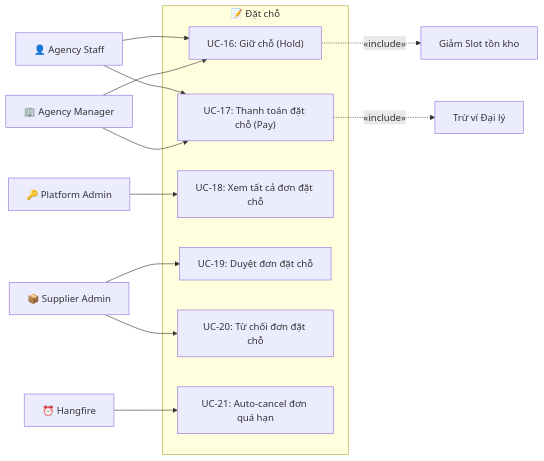
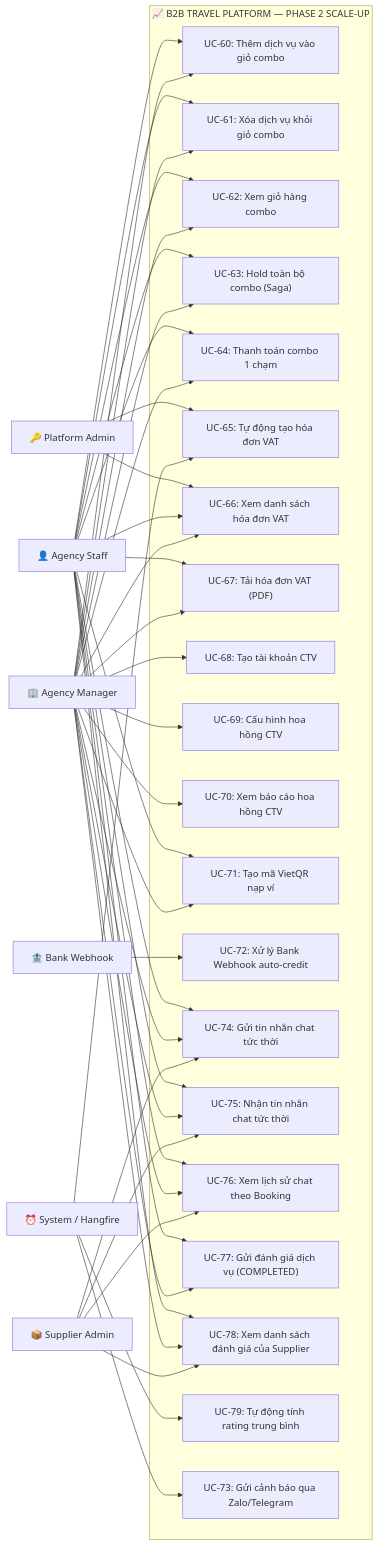
Before and after one commit to thanh-16/B2B_Tour: the second of 2 diagrams in docs/actor and usecase/use_case_diagram.md, drawn with Mermaid. The commit also changed other lines of this file, not shown here.

Commit message:
add chat bot and update plase2

````diff
--- a/docs/actor and usecase/use_case_diagram.md
+++ b/docs/actor and usecase/use_case_diagram.md
@@ -233,23 +123,54 @@
 ```mermaid
 graph LR
-    subgraph UC_Booking["📝 Đặt chỗ"]
-        UC16["UC-16: Giữ chỗ (Hold)"]
-        UC17["UC-17: Thanh toán đặt chỗ (Pay)"]
-        UC18["UC-18: Xem tất cả đơn đặt chỗ"]
-        UC19["UC-19: Duyệt đơn đặt chỗ"]
-        UC20["UC-20: Từ chối đơn đặt chỗ"]
-        UC21["UC-21: Auto-cancel đơn quá hạn"]
+    %% ACTORS
+    PA["🔑 Platform Admin"]
+    AM["🏢 Agency Manager"]
+    AS["👤 Agency Staff"]
+    SA["📦 Supplier Admin"]
+    SYS["⏰ System / Hangfire"]
+    BANK["🏦 Bank Webhook"]
+
+    subgraph B2B_ScaleUp["📈 B2B TRAVEL PLATFORM — PHASE 2 SCALE-UP"]
+        %% Cart Combo
+        UC60["UC-60: Thêm dịch vụ vào giỏ combo"]
+        UC61["UC-61: Xóa dịch vụ khỏi giỏ combo"]
+        UC62["UC-62: Xem giỏ hàng combo"]
+        UC63["UC-63: Hold toàn bộ combo (Saga)"]
+        UC64["UC-64: Thanh toán combo 1 chạm"]
+
+        %% Invoice
+        UC65["UC-65: Tự động tạo hóa đơn VAT"]
+        UC66["UC-66: Xem danh sách hóa đơn VAT"]
+        UC67["UC-67: Tải hóa đơn VAT (PDF)"]
+
+        %% Sub-Agent
+        UC68["UC-68: Tạo tài khoản CTV"]
+        UC69["UC-69: Cấu hình hoa hồng CTV"]
+        UC70["UC-70: Xem báo cáo hoa hồng CTV"]
+
+        %% VietQR
+        UC71["UC-71: Tạo mã VietQR nạp ví"]
+        UC72["UC-72: Xử lý Bank Webhook auto-credit"]
+
+        %% Chat Hub
+        UC74["UC-74: Gửi tin nhắn chat tức thời"]
+        UC75["UC-75: Nhận tin nhắn chat tức thời"]
+        UC76["UC-76: Xem lịch sử chat theo Booking"]
+
+        %% Review & Rating
+        UC77["UC-77: Gửi đánh giá dịch vụ (COMPLETED)"]
+        UC78["UC-78: Xem danh sách đánh giá của Supplier"]
+        UC79["UC-79: Tự động tính rating trung bình"]
+
+        %% Notification
+        UC73["UC-73: Gửi cảnh báo qua Zalo/Telegram"]
     end
 
-    AS["👤 Agency Staff"] --> UC16
-    AS --> UC17
-    AM["🏢 Agency Manager"] --> UC16
-    AM --> UC17
-    PA["🔑 Platform Admin"] --> UC18
-    SA["📦 Supplier Admin"] --> UC19
-    SA --> UC20
-    SYS["⏰ Hangfire"] --> UC21
-
-    UC17 -.-> |"«include»"| UC_PAY["Trừ ví Đại lý"]
-    UC16 -.-> |"«include»"| UC_SLOT["Giảm Slot tồn kho"]
+    %% CONNECTIONS
+    PA --> UC65 & UC66
+    AM --> UC68 & UC69 & UC70
+    AS & AM --> UC60 & UC61 & UC62 & UC63 & UC64 & UC67 & UC66 & UC71 & UC74 & UC75 & UC76 & UC77 & UC78
+    SA --> UC74 & UC75 & UC76 & UC78
+    SYS --> UC65 & UC79 & UC73
+    BANK --> UC72
 ```
````
